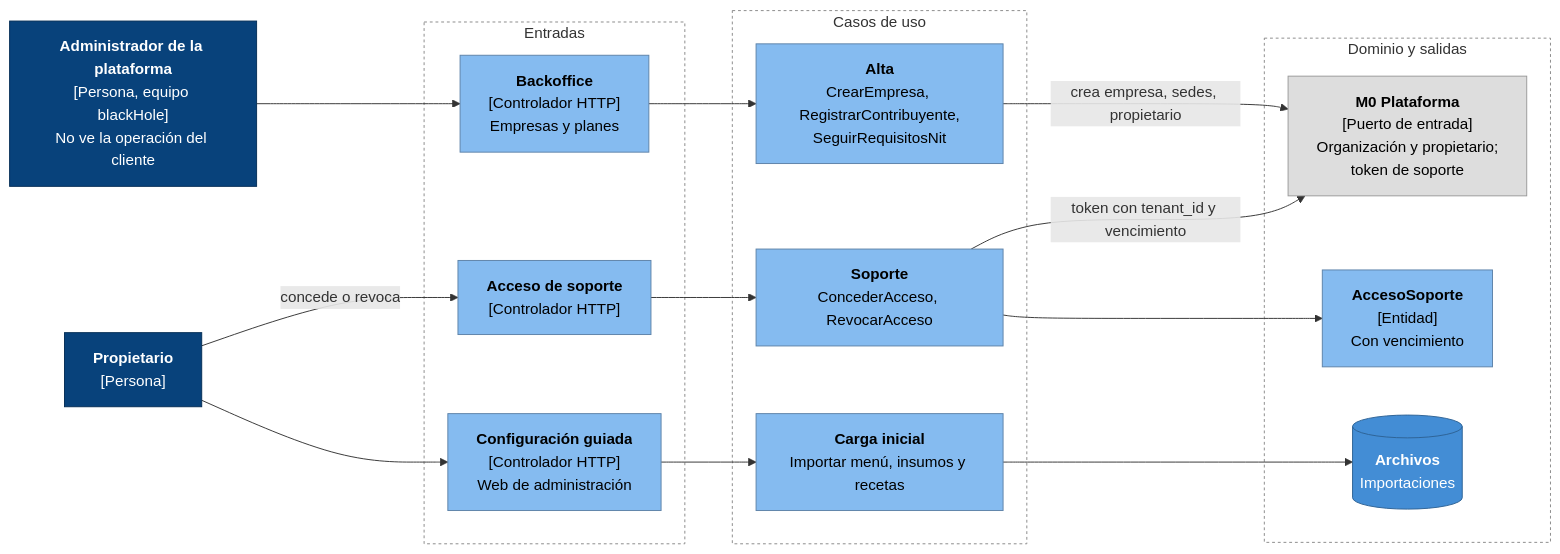
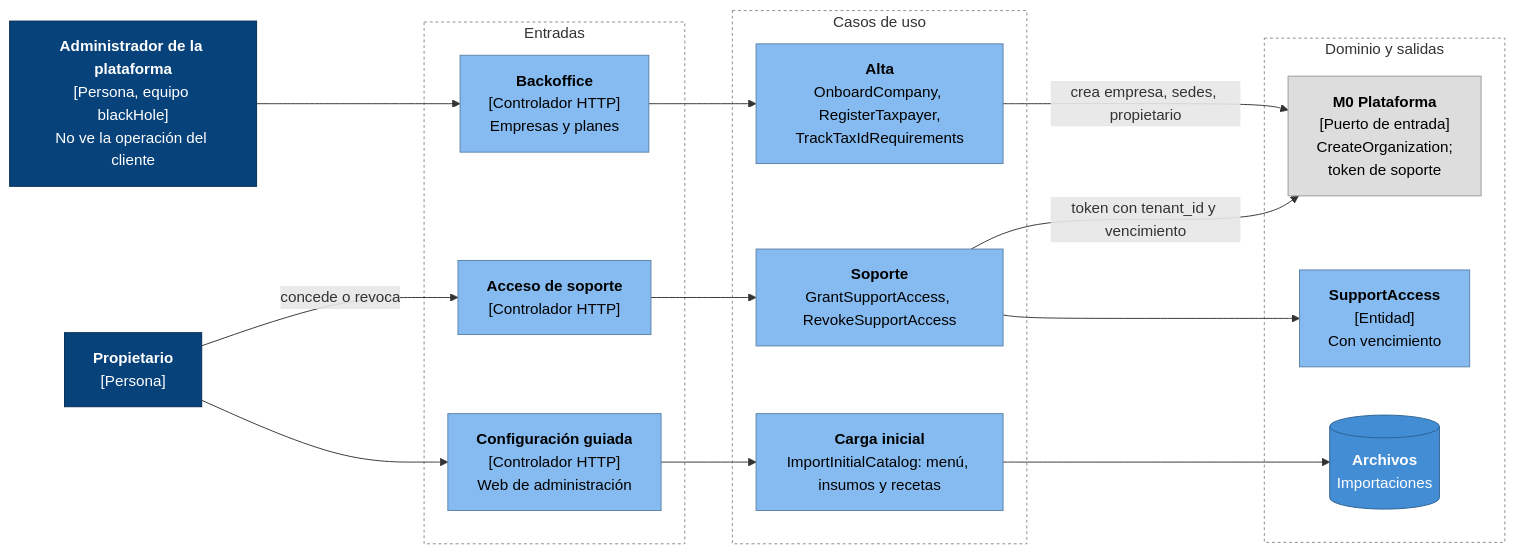
Before and after one commit to CesarJOtizM/blackHole: the first of 3 diagrams in docs/arquitectura/componentes/c4-m7-saas.md, drawn with Mermaid. The commit also changed other lines of this file and 159 other files, not shown here.

````diff
--- a/docs/arquitectura/componentes/c4-m7-saas.md
+++ b/docs/arquitectura/componentes/c4-m7-saas.md
@@ -14,44 +14,44 @@
 ```mermaid
 flowchart LR
   APL["<b>Administrador de la plataforma</b><br/>[Persona, equipo blackHole]<br/>No ve la operación del cliente"]:::persona
   PRO["<b>Propietario</b><br/>[Persona]"]:::persona
 
   subgraph Entradas["Entradas"]
     BO["<b>Backoffice</b><br/>[Controlador HTTP]<br/>Empresas y planes"]:::componente
     ACC["<b>Acceso de soporte</b><br/>[Controlador HTTP]"]:::componente
     ONB["<b>Configuración guiada</b><br/>[Controlador HTTP]<br/>Web de administración"]:::componente
   end
 
   subgraph Aplicacion["Casos de uso"]
-    UC_ALTA["<b>Alta</b><br/>CrearEmpresa, RegistrarContribuyente,<br/>SeguirRequisitosNit"]:::componente
-    UC_ACC["<b>Soporte</b><br/>ConcederAcceso, RevocarAcceso"]:::componente
-    UC_CARGA["<b>Carga inicial</b><br/>Importar menú, insumos y recetas"]:::componente
+    UC_ALTA["<b>Alta</b><br/>OnboardCompany, RegisterTaxpayer,<br/>TrackTaxIdRequirements"]:::componente
+    UC_ACC["<b>Soporte</b><br/>GrantSupportAccess, RevokeSupportAccess"]:::componente
+    UC_CARGA["<b>Carga inicial</b><br/>ImportInitialCatalog: menú, insumos y recetas"]:::componente
   end
 
   subgraph Salida["Dominio y salidas"]
-    M0["<b>M0 Plataforma</b><br/>[Puerto de entrada]<br/>Organización y propietario;<br/>token de soporte"]:::modulo
-    D_ACC["<b>AccesoSoporte</b><br/>[Entidad]<br/>Con vencimiento"]:::componente
+    M0["<b>M0 Plataforma</b><br/>[Puerto de entrada]<br/>CreateOrganization;<br/>token de soporte"]:::modulo
+    D_ACC["<b>SupportAccess</b><br/>[Entidad]<br/>Con vencimiento"]:::componente
     OBJ[("<b>Archivos</b><br/>Importaciones")]:::contenedor
   end
 
   APL --> BO
   PRO -- "concede o revoca" --> ACC
   PRO --> ONB
 
   BO --> UC_ALTA
   ACC --> UC_ACC
   ONB --> UC_CARGA
 
   UC_ALTA -- "crea empresa, sedes, propietario" --> M0
   UC_ACC -- "token con tenant_id y vencimiento" --> M0
   UC_ACC --> D_ACC
   UC_CARGA --> OBJ
 
   classDef persona fill:#08427b,stroke:#052e56,color:#fff
   classDef componente fill:#85bbf0,stroke:#5d82a8,color:#000
   classDef contenedor fill:#438dd5,stroke:#2e6295,color:#fff
   classDef modulo fill:#dddddd,stroke:#999999,color:#000
   style Entradas fill:none,stroke:#888,stroke-dasharray: 3 3
   style Aplicacion fill:none,stroke:#888,stroke-dasharray: 3 3
   style Salida fill:none,stroke:#888,stroke-dasharray: 3 3
 ```
````
